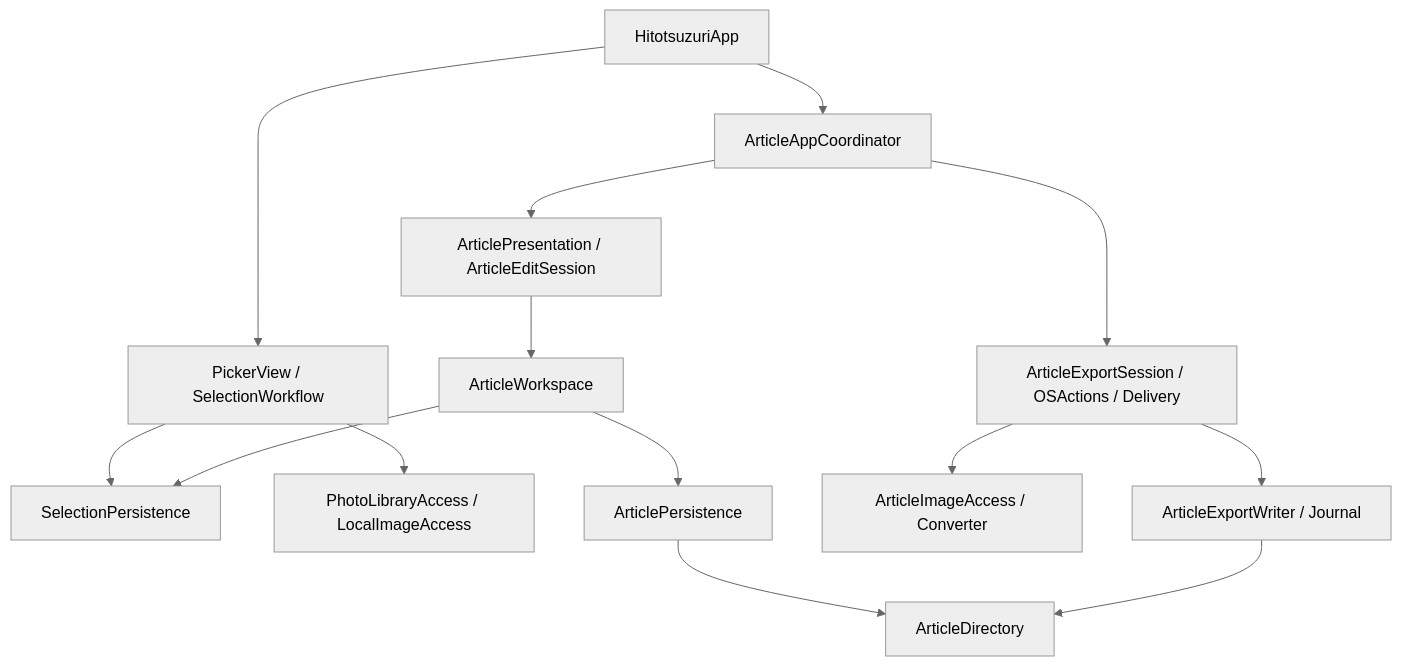
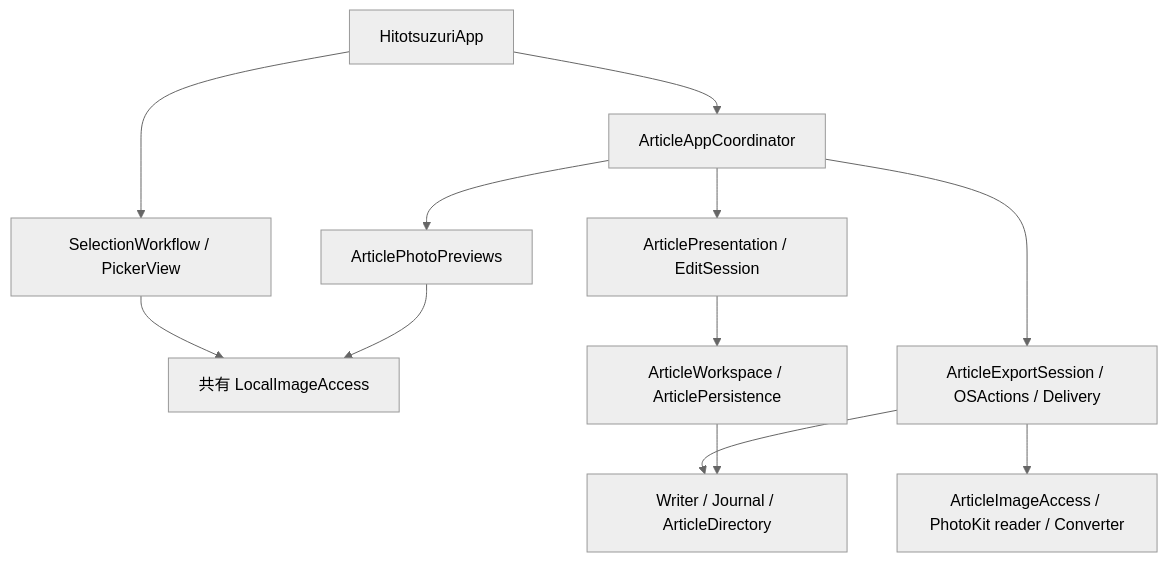
The first of 2 diagrams in aidlc/spaces/default/codekb/hitotsuzuri/architecture.md (yokochie/hitotsuzuri), drawn with Mermaid (neutral theme) before and after one commit. The commit also changed other lines of this file and 18 other files, not shown here.

````diff
--- a/aidlc/spaces/default/codekb/hitotsuzuri/architecture.md
+++ b/aidlc/spaces/default/codekb/hitotsuzuri/architecture.md
@@ -7,16 +7,14 @@
 ```mermaid
 flowchart TD
-    App["HitotsuzuriApp"] --> Picker["PickerView / SelectionWorkflow"]
+    App["HitotsuzuriApp"] --> Picker["SelectionWorkflow / PickerView"]
     App --> Coordinator["ArticleAppCoordinator"]
-    Picker --> Selection["SelectionPersistence"]
-    Picker --> Photos["PhotoLibraryAccess / LocalImageAccess"]
-    Coordinator --> Presentation["ArticlePresentation / ArticleEditSession"]
-    Presentation --> Workspace["ArticleWorkspace"]
-    Workspace --> Selection
-    Workspace --> Articles["ArticlePersistence"]
+    Picker --> Images["共有 LocalImageAccess"]
+    Coordinator --> Previews["ArticlePhotoPreviews"]
+    Previews --> Images
+    Coordinator --> Presentation["ArticlePresentation / EditSession"]
+    Presentation --> Store["ArticleWorkspace / ArticlePersistence"]
     Coordinator --> Export["ArticleExportSession / OSActions / Delivery"]
-    Export --> Images["ArticleImageAccess / Converter"]
-    Export --> Writer["ArticleExportWriter / Journal"]
-    Articles --> Files["ArticleDirectory"]
-    Writer --> Files
+    Export --> FullImages["ArticleImageAccess / PhotoKit reader / Converter"]
+    Export --> Files["Writer / Journal / ArticleDirectory"]
+    Store --> Files
 ```
````
